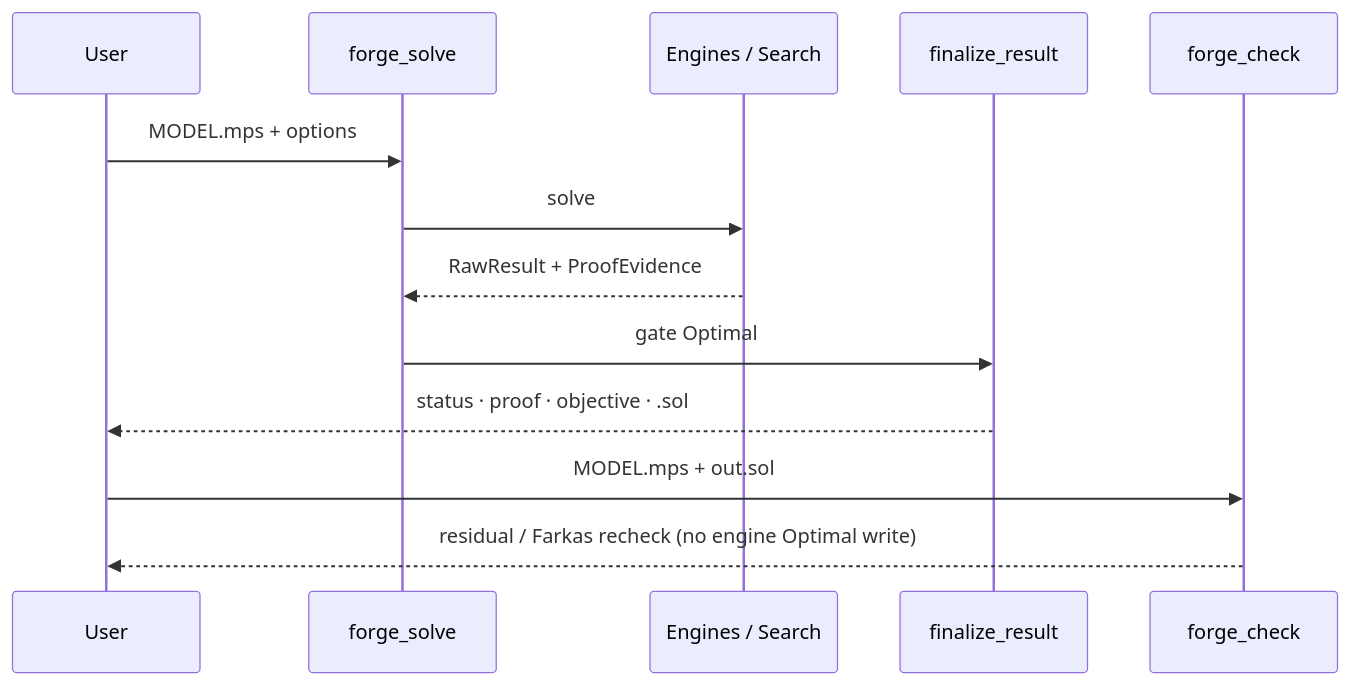
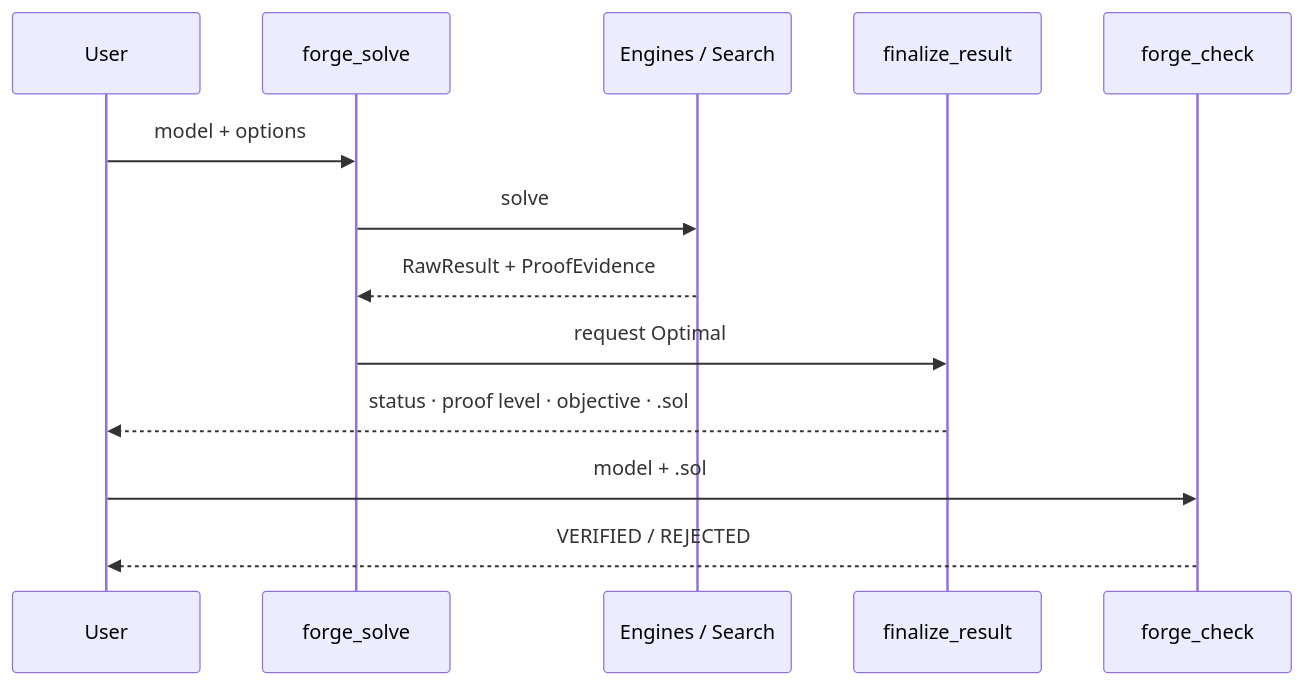
One commit to YashSuthar983/Forge changed the fifth of 5 diagrams in docs/architecture.md. Above: the diagram before and after it, drawn with Mermaid. The commit also changed other lines of this file and 9 other files, not shown here.

Commit message:
chore: updated docs and architecture

````diff
--- a/docs/architecture.md
+++ b/docs/architecture.md
@@ -225,16 +230,15 @@
 ```mermaid
 sequenceDiagram
   participant U as User
   participant S as forge_solve
   participant E as Engines / Search
   participant F as finalize_result
   participant C as forge_check
-
-  U->>S: MODEL.mps + options
+  U->>S: model + options
   S->>E: solve
   E-->>S: RawResult + ProofEvidence
-  S->>F: gate Optimal
-  F-->>U: status · proof · objective · .sol
-  U->>C: MODEL.mps + out.sol
-  C-->>U: residual / Farkas recheck (no engine Optimal write)
+  S->>F: request Optimal
+  F-->>U: status · proof level · objective · .sol
+  U->>C: model + .sol
+  C-->>U: VERIFIED / REJECTED
 ```
````
